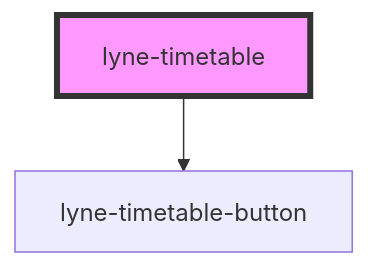
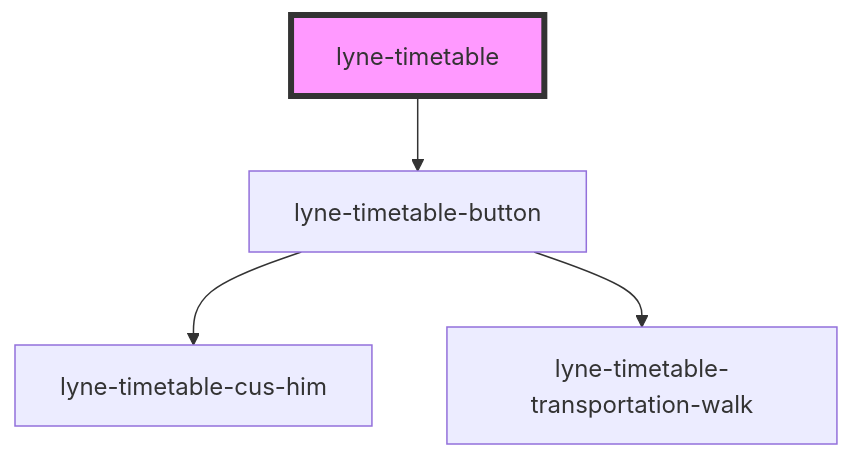
One commit to sbb-design-systems/lyne-components changed the diagram in src/components/lyne-timetable/readme.md. Above: the diagram before and after it, drawn with Mermaid. The commit also changed 13 other files, not shown here.

Commit message:
feat: working on timetable-button variants

````diff
--- a/src/components/lyne-timetable/readme.md
+++ b/src/components/lyne-timetable/readme.md
@@ -15,5 +15,7 @@
 ```mermaid
 graph TD;
   lyne-timetable --> lyne-timetable-button
+  lyne-timetable-button --> lyne-timetable-cus-him
+  lyne-timetable-button --> lyne-timetable-transportation-walk
   style lyne-timetable fill:#f9f,stroke:#333,stroke-width:4px
 ```
````
